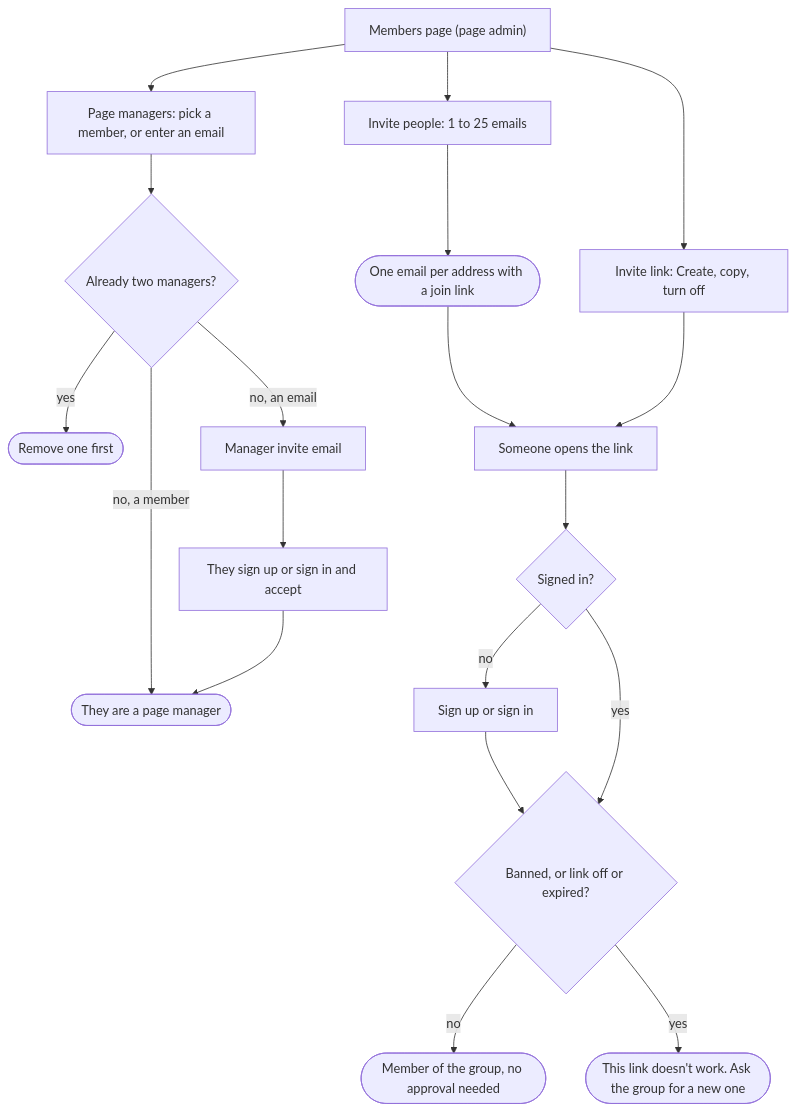
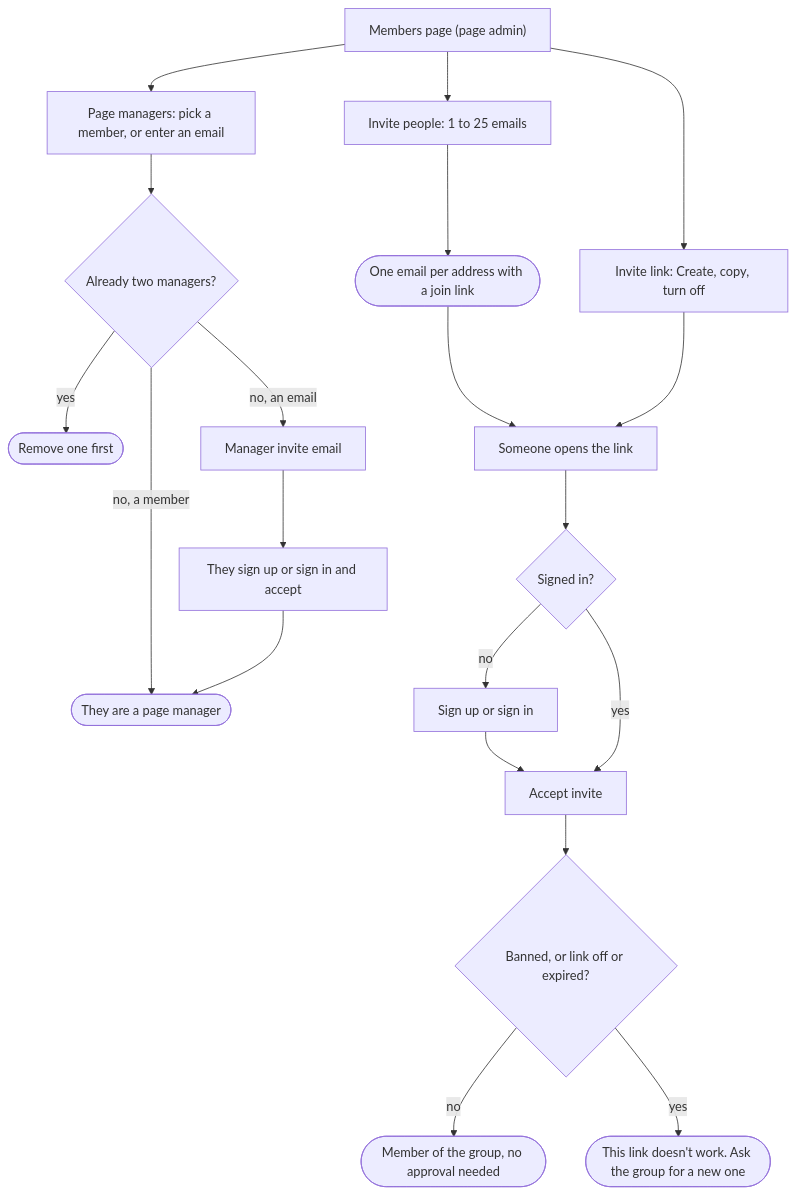
Diagram 30 of 30 in docs/user-flows.md (sarahrittertech-commits/outdoorscommunityapp), drawn with Mermaid before and after one commit. The commit also changed other lines of this file and 17 other files, not shown here.

First line of the commit message:
Invite link, email invite forms and /join/<token> (UC-31)

````diff
--- a/docs/user-flows.md
+++ b/docs/user-flows.md
@@ -429,17 +431,17 @@
 ```mermaid
 flowchart TD
   members["Members page (page admin)"] --> mgr["Page managers: pick a member, or enter an email"]
   mgr --> cap{Already two managers?}
   cap -->|yes| full(["Remove one first"])
   cap -->|no, a member| made(["They are a page manager"])
   cap -->|no, an email| mgrmail["Manager invite email"] --> accept["They sign up or sign in and accept"] --> made
   members --> invite["Invite people: 1 to 25 emails"] --> sent(["One email per address with a join link"])
   members --> link["Invite link: Create, copy, turn off"]
   sent --> open
   link --> open["Someone opens the link"]
   open --> signed{Signed in?}
-  signed -->|no| signin["Sign up or sign in"] --> join
-  signed -->|yes| join{Banned, or link off or expired?}
+  signed -->|no| signin["Sign up or sign in"] --> acceptbtn
+  signed -->|yes| acceptbtn["Accept invite"] --> join{Banned, or link off or expired?}
   join -->|no| member(["Member of the group, no approval needed"])
   join -->|yes| refuse(["This link doesn't work. Ask the group for a new one"])
 ```
````
